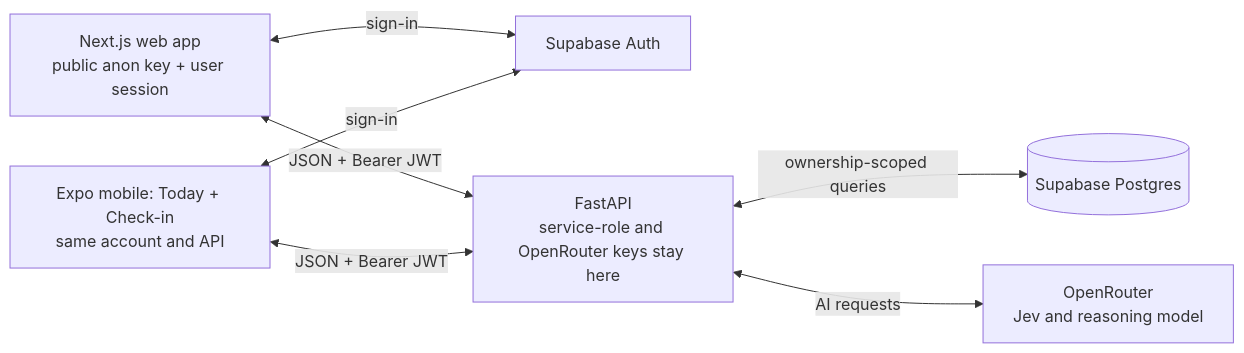
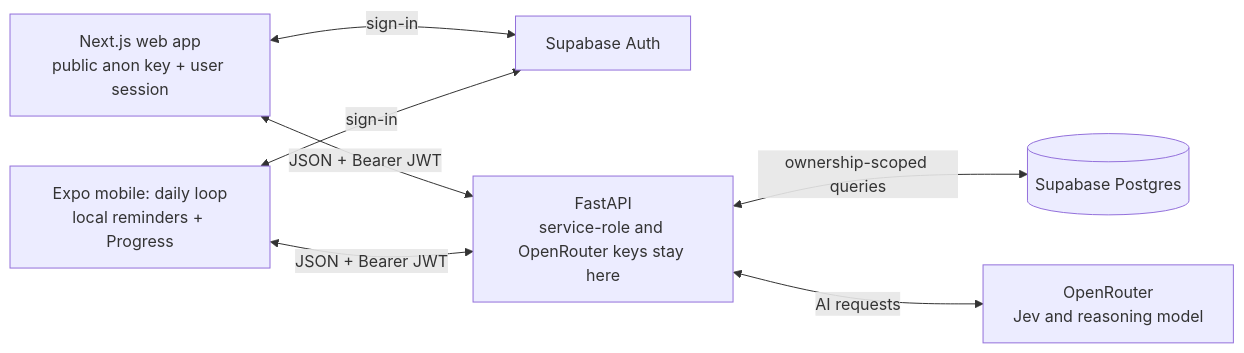
Before and after one commit to mnahsanofficial/rhythm-health: the diagram in README.md, drawn with Mermaid. The commit also changed other lines of this file and 23 other files, not shown here.

First line of the commit message:
docs: record mobile reminders and progress verification

````diff
--- a/README.md
+++ b/README.md
@@ -33,15 +33,15 @@
 ```mermaid
 flowchart LR
     UI["Next.js web app<br/>public anon key + user session"]
-    APP["Expo mobile: Today + Check-in<br/>same account and API"]
+    APP["Expo mobile: daily loop<br/>local reminders + Progress"]
     AUTH["Supabase Auth"]
     API["FastAPI<br/>service-role and OpenRouter keys stay here"]
     DB[("Supabase Postgres")]
     AI["OpenRouter<br/>Jev and reasoning model"]
     UI <-->|"sign-in"| AUTH
     APP <-->|"sign-in"| AUTH
     UI <-->|"JSON + Bearer JWT"| API
     APP <-->|"JSON + Bearer JWT"| API
     API <-->|"ownership-scoped queries"| DB
     API <-->|"AI requests"| AI
 ```
````
